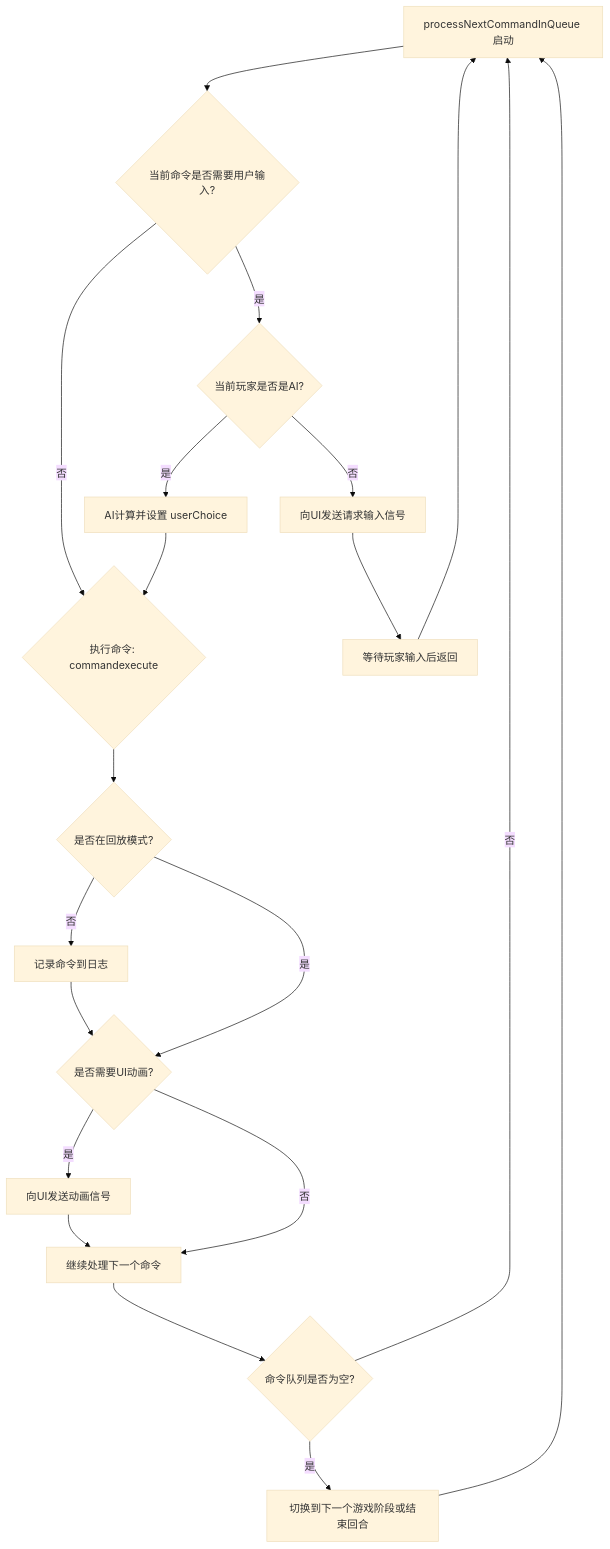
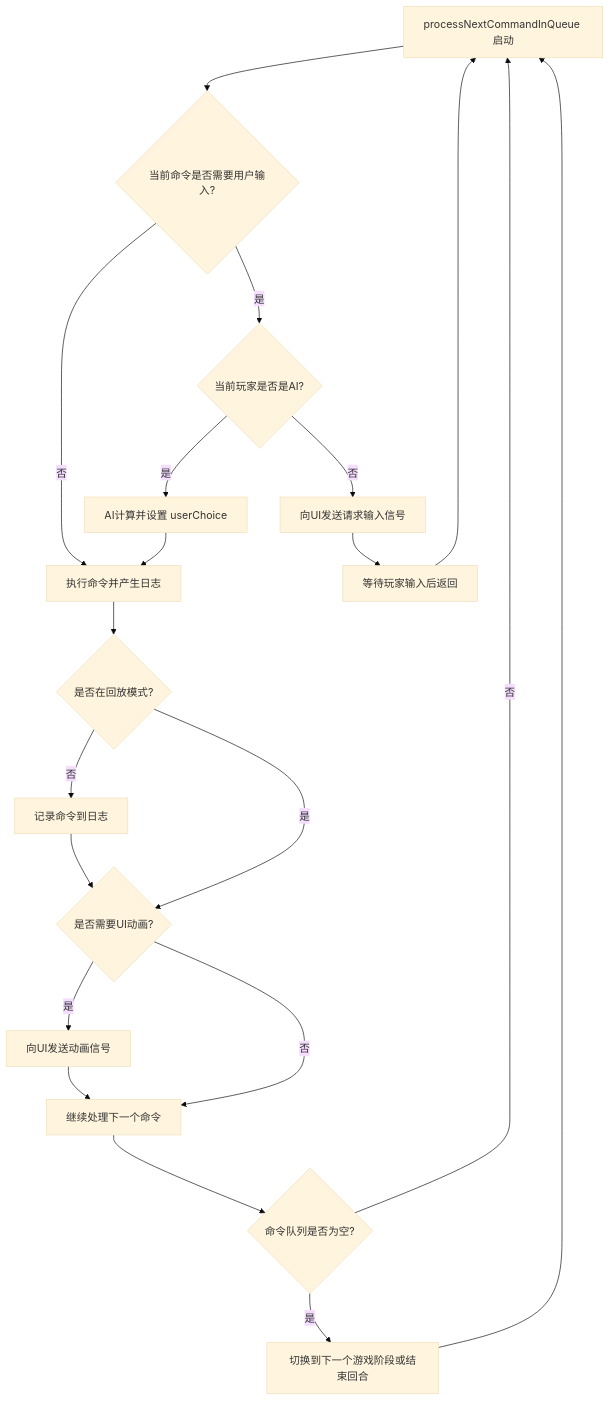
The diagram in README.md (zhongzhounb/Machi_Koro_AI), drawn with Mermaid (base theme) before and after one commit. The commit also changed other lines of this file and 66 other files, not shown here.

````diff
--- a/README.md
+++ b/README.md
@@ -23,27 +5,27 @@
 ```mermaid
 flowchart TD
     A[processNextCommandInQueue 启动] --> B{当前命令是否需要用户输入?}
     B -- 是 --> C{当前玩家是否是AI?}
-    B -- 否 --> G{执行命令: commandexecute}
+    B -- 否 --> G[执行命令并产生日志]
 
     C -- 是 --> D[AI计算并设置 userChoice]
     D --> G
 
     C -- 否 --> E[向UI发送请求输入信号]
     E --> F[等待玩家输入后返回]
     F --> A
 
     G --> H{是否在回放模式?}
     H -- 否 --> I[记录命令到日志]
     I --> J{是否需要UI动画?}
     H -- 是 --> J
 
     J -- 是 --> K[向UI发送动画信号]
     K --> L[继续处理下一个命令]
     J -- 否 --> L
 
     L --> M{命令队列是否为空?}
     M -- 否 --> A
     M -- 是 --> N[切换到下一个游戏阶段或结束回合]
     N --> A
 ```
````
